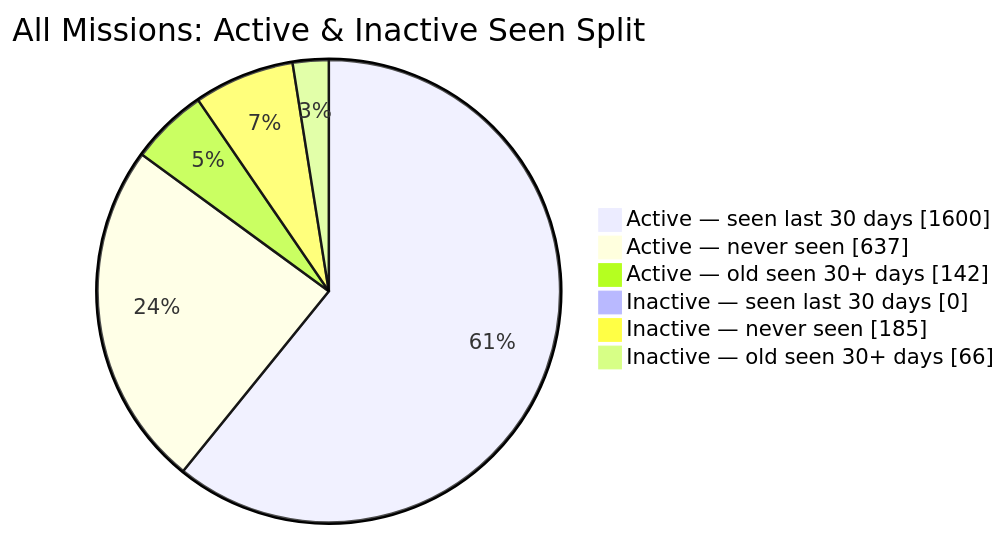
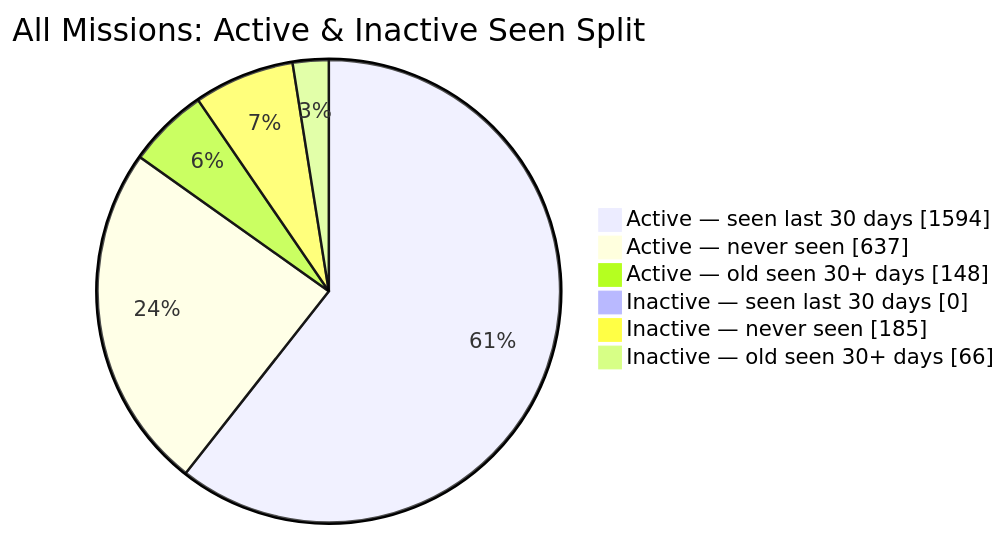
One commit to MeldkamerspelGameTeam/active-missions changed the second of 2 diagrams in README.md. Above: the diagram before and after it, drawn with Mermaid. The commit also changed other lines of this file and 2 other files, not shown here.

````diff
--- a/README.md
+++ b/README.md
@@ -44,10 +44,10 @@
 ```mermaid
 pie showData
     title All Missions: Active & Inactive Seen Split
-    "Active — seen last 30 days" : 1600
+    "Active — seen last 30 days" : 1594
     "Active — never seen" : 637
-    "Active — old seen 30+ days" : 142
+    "Active — old seen 30+ days" : 148
     "Inactive — seen last 30 days" : 0
     "Inactive — never seen" : 185
     "Inactive — old seen 30+ days" : 66
 ```
````
